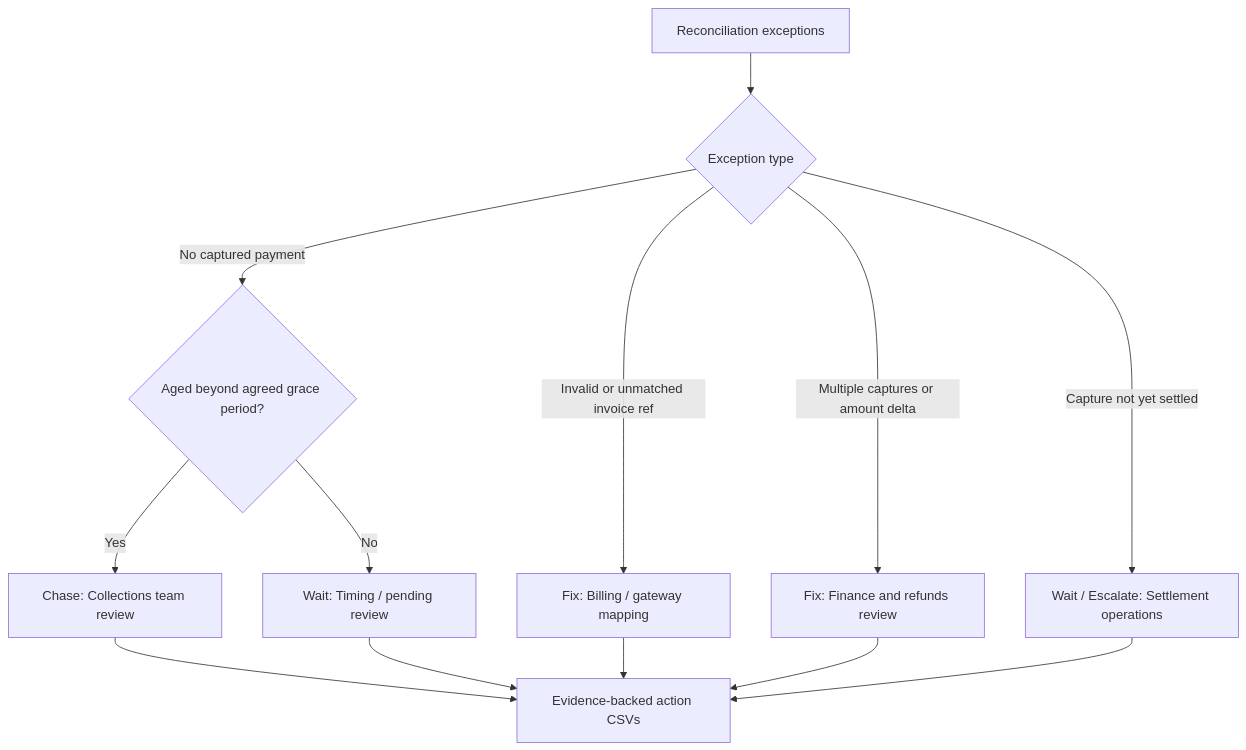
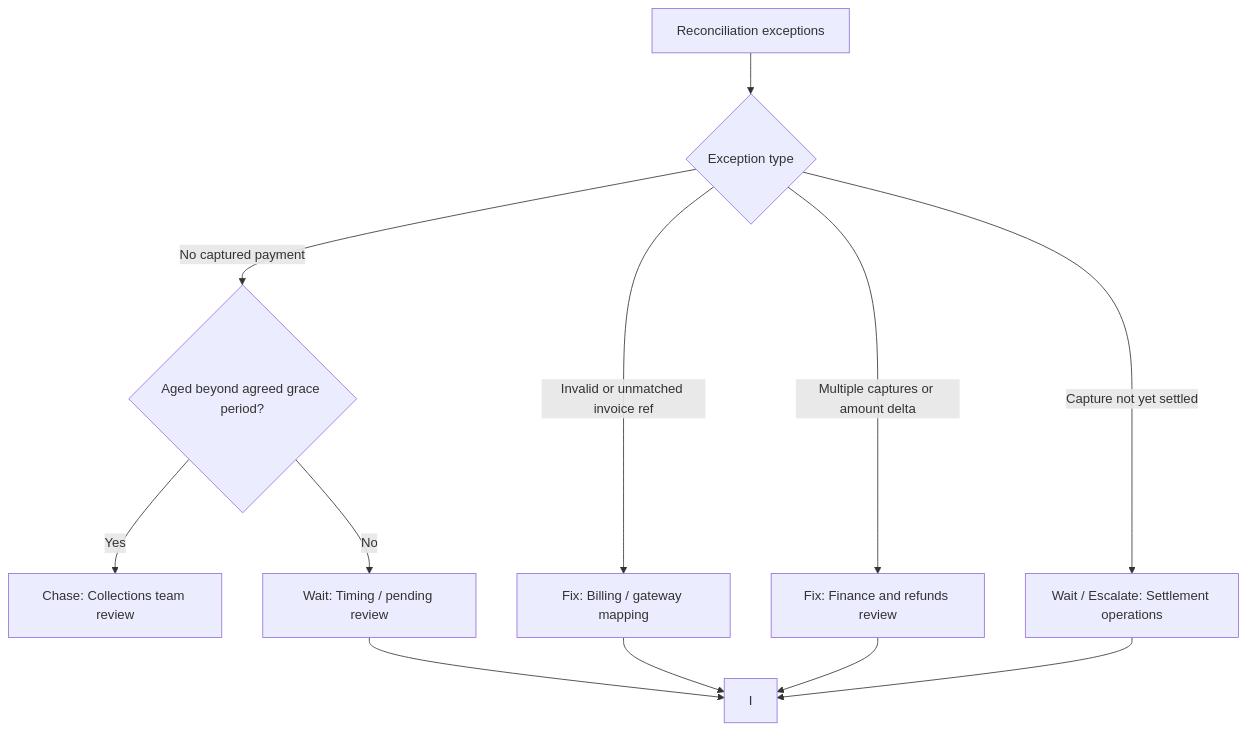
One commit to AnubhavLD/IITGN-AI-ML changed the sixth of 6 diagrams in Project01/docs/architecture-diagrams.md. Above: the diagram before and after it, drawn with Mermaid. The commit also changed other lines of this file, not shown here.

````diff
--- a/Project01/docs/architecture-diagrams.md
+++ b/Project01/docs/architecture-diagrams.md
@@ -125,15 +95,14 @@
 ```mermaid
 flowchart TD
     A[Reconciliation exceptions] --> B{Exception type}
     B -->|No captured payment| C{Aged beyond agreed grace period?}
     C -->|Yes| D[Chase: Collections team review]
     C -->|No| E[Wait: Timing / pending review]
     B -->|Invalid or unmatched invoice ref| F[Fix: Billing / gateway mapping]
     B -->|Multiple captures or amount delta| G[Fix: Finance and refunds review]
     B -->|Capture not yet settled| H[Wait / Escalate: Settlement operations]
-    D --> I[Evidence-backed action CSVs]
     E --> I
     F --> I
     G --> I
     H --> I
 ```
````
